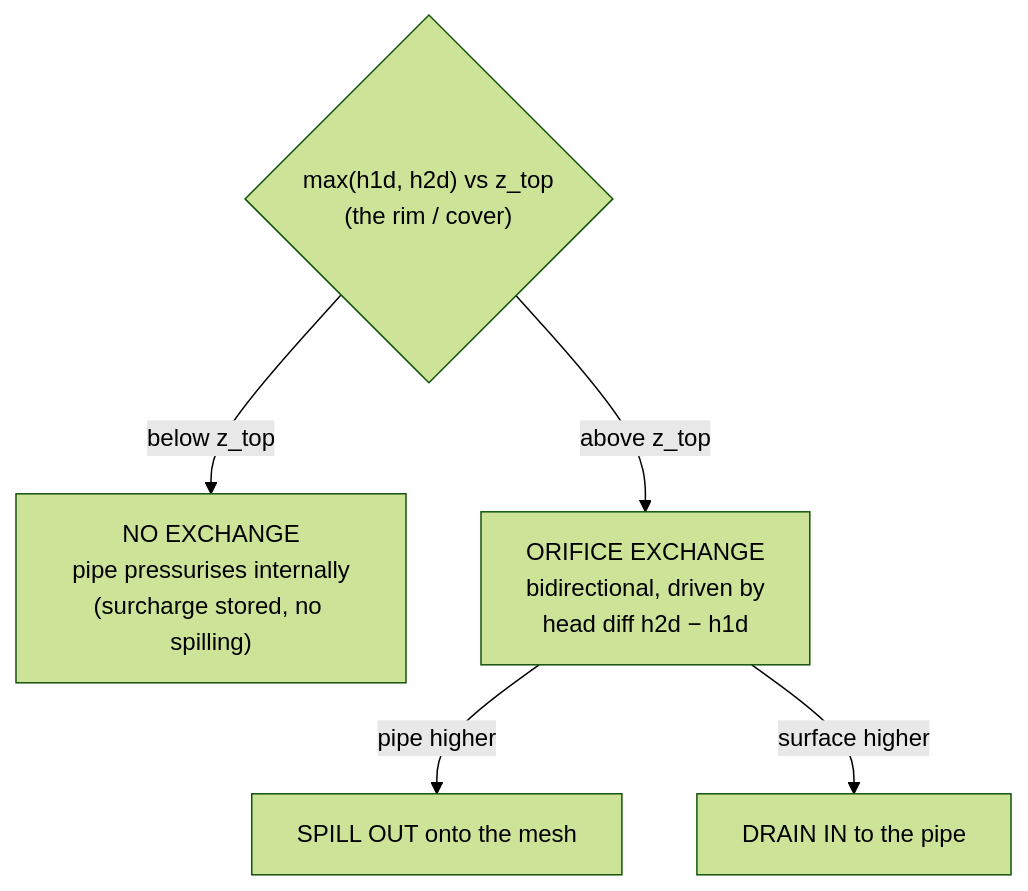
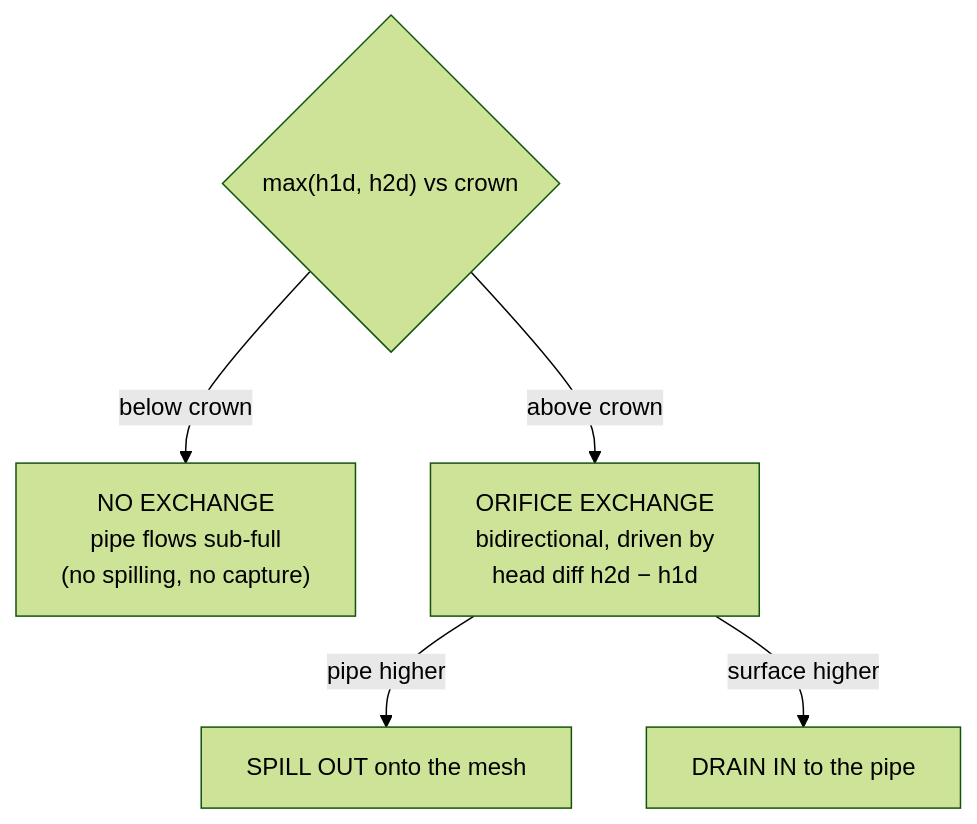
The third of 5 diagrams in docs/1D_2D_COUPLING_CONFIGURATION.md (HydroCouple/openswmm.engine), drawn with Mermaid (forest theme) before and after one commit. The commit also changed other lines of this file and 1 other file, not shown here.

First line of the commit message:
feat(2d): tie capped-pipe coupling gate to the crown, free sur_depth for the slot

````diff
--- a/docs/1D_2D_COUPLING_CONFIGURATION.md
+++ b/docs/1D_2D_COUPLING_CONFIGURATION.md
@@ -129,8 +128,8 @@
 ```mermaid
 flowchart TD
-    A{"max(h1d, h2d) vs z_top<br/>(the rim / cover)"}
-    A -->|"below z_top"| B["NO EXCHANGE<br/>pipe pressurises internally<br/>(surcharge stored, no spilling)"]
-    A -->|"above z_top"| C["ORIFICE EXCHANGE<br/>bidirectional, driven by<br/>head diff h2d − h1d"]
+    A{"max(h1d, h2d) vs crown"}
+    A -->|"below crown"| B["NO EXCHANGE<br/>pipe flows sub-full<br/>(no spilling, no capture)"]
+    A -->|"above crown"| C["ORIFICE EXCHANGE<br/>bidirectional, driven by<br/>head diff h2d − h1d"]
     C -->|"pipe higher"| E["SPILL OUT onto the mesh"]
     C -->|"surface higher"| F["DRAIN IN to the pipe"]
 ```
````
